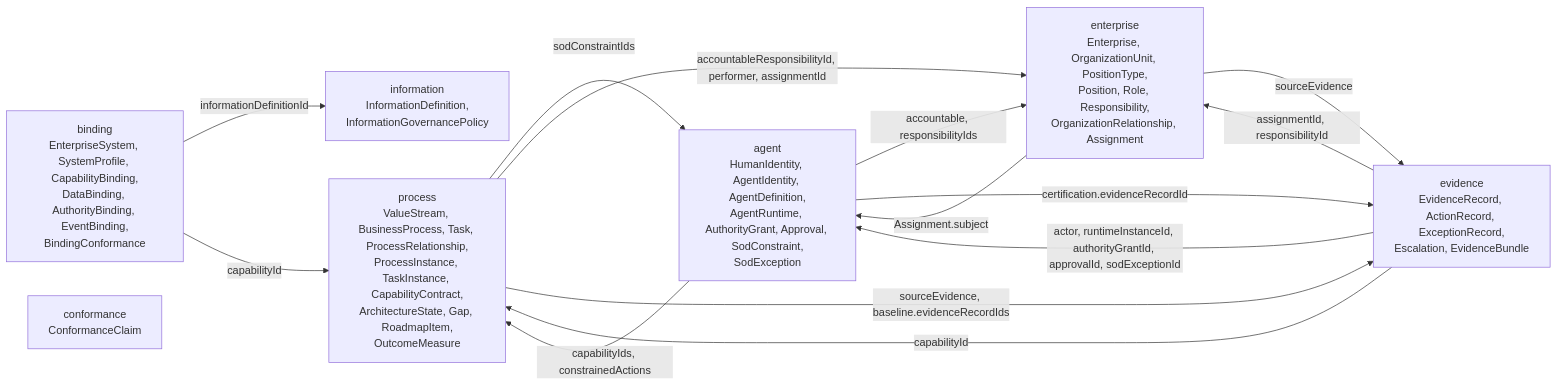
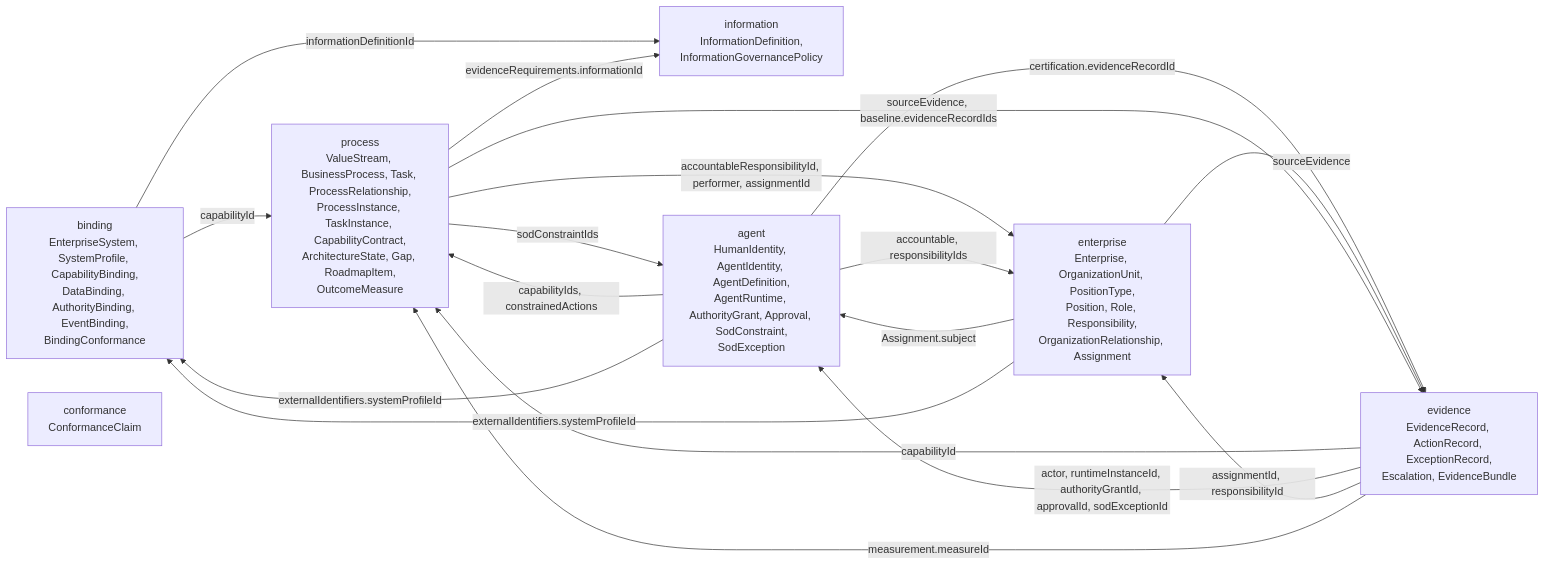
Before and after one commit to nauticana/charter: the diagram in schema/README.md, drawn with Mermaid. The commit also changed other lines of this file and 89 other files, not shown here.

Commit message:
Structured evidence items, external identifiers, measurements, and JSON-LD interchange

````diff
--- a/schema/README.md
+++ b/schema/README.md
@@ -45,24 +49,28 @@
 ```mermaid
 flowchart LR
     binding -->|informationDefinitionId| information
     binding -->|capabilityId| process
     process -->|sodConstraintIds| agent
     process -->|accountableResponsibilityId, performer, assignmentId| enterprise
     evidence -->|capabilityId| process
     evidence -->|actor, runtimeInstanceId, authorityGrantId, approvalId, sodExceptionId| agent
     evidence -->|assignmentId, responsibilityId| enterprise
     enterprise -->|Assignment.subject| agent
     agent -->|accountable, responsibilityIds| enterprise
     agent -->|capabilityIds, constrainedActions| process
     agent -->|certification.evidenceRecordId| evidence
     enterprise -->|sourceEvidence| evidence
     process -->|sourceEvidence, baseline.evidenceRecordIds| evidence
+    process -->|evidenceRequirements.informationId| information
+    evidence -->|measurement.measureId| process
+    enterprise -->|externalIdentifiers.systemProfileId| binding
+    agent -->|externalIdentifiers.systemProfileId| binding
 
     binding["binding<br/>EnterpriseSystem, SystemProfile, CapabilityBinding,<br/>DataBinding, AuthorityBinding, EventBinding,<br/>BindingConformance"]
     information["information<br/>InformationDefinition,<br/>InformationGovernancePolicy"]
     enterprise["enterprise<br/>Enterprise, OrganizationUnit, PositionType,<br/>Position, Role, Responsibility,<br/>OrganizationRelationship, Assignment"]
     agent["agent<br/>HumanIdentity, AgentIdentity, AgentDefinition,<br/>AgentRuntime, AuthorityGrant, Approval, SodConstraint,<br/>SodException"]
     process["process<br/>ValueStream, BusinessProcess, Task, ProcessRelationship,<br/>ProcessInstance, TaskInstance, CapabilityContract,<br/>ArchitectureState, Gap, RoadmapItem,<br/>OutcomeMeasure"]
     evidence["evidence<br/>EvidenceRecord, ActionRecord, ExceptionRecord,<br/>Escalation, EvidenceBundle"]
     conformance["conformance<br/>ConformanceClaim"]
 ```
````
